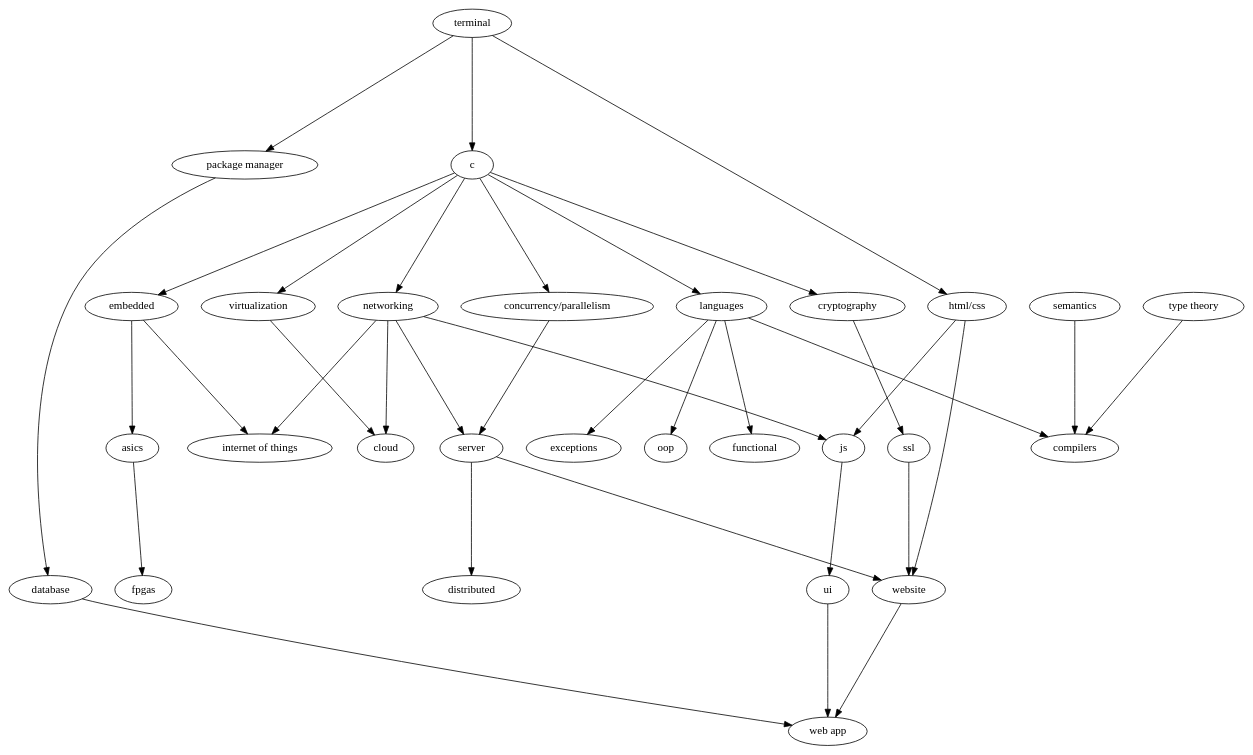
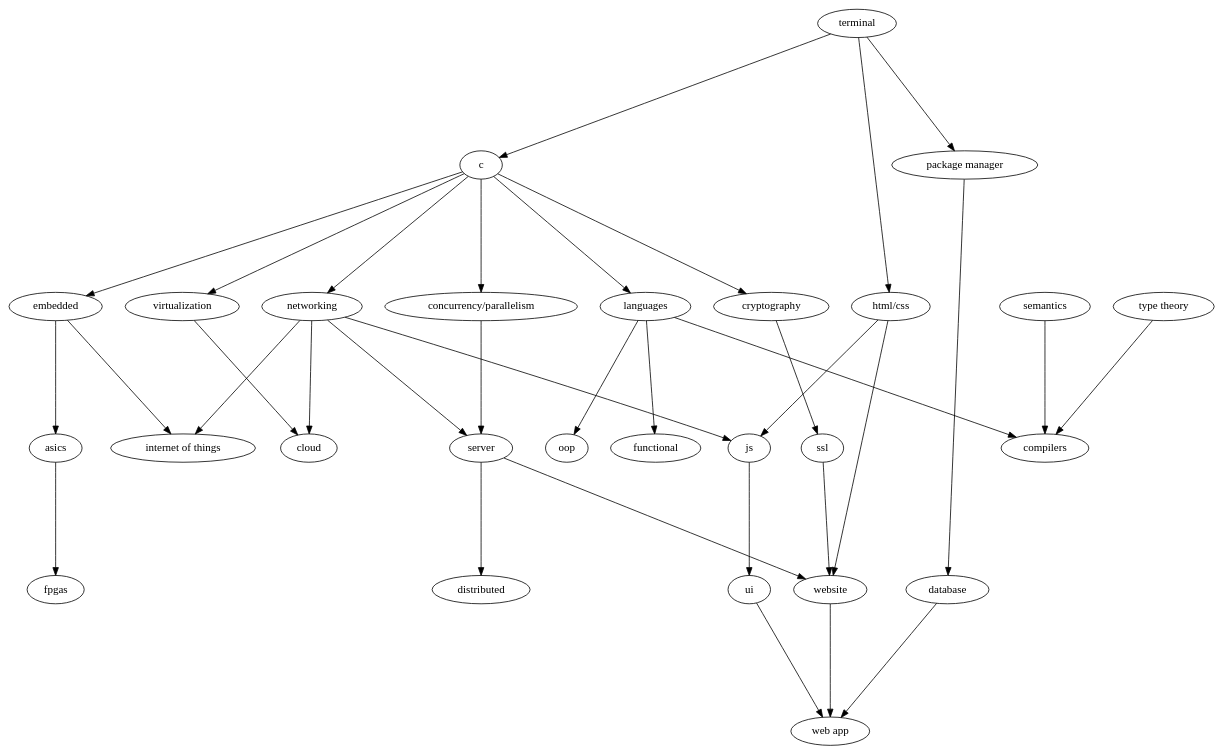
One commit to patrickdoc/port67 changed the diagram in site/images/graph.dot. Above: the diagram before and after it, drawn with Graphviz. The commit also changed 3 other files, not shown here.

Commit message:
Testing graph edits

```diff
--- a/site/images/graph.dot
+++ b/site/images/graph.dot
@@ -49,7 +49,6 @@
 
     // PL
     c -> languages;
-    languages -> exceptions;
     languages -> oop;
     languages -> functional;
 
```
